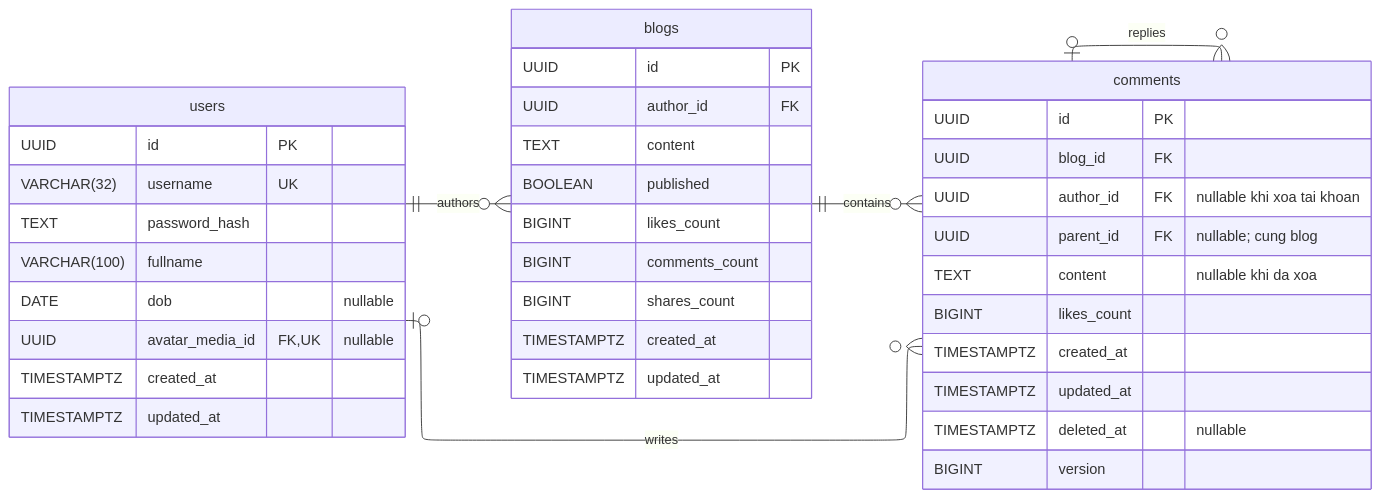
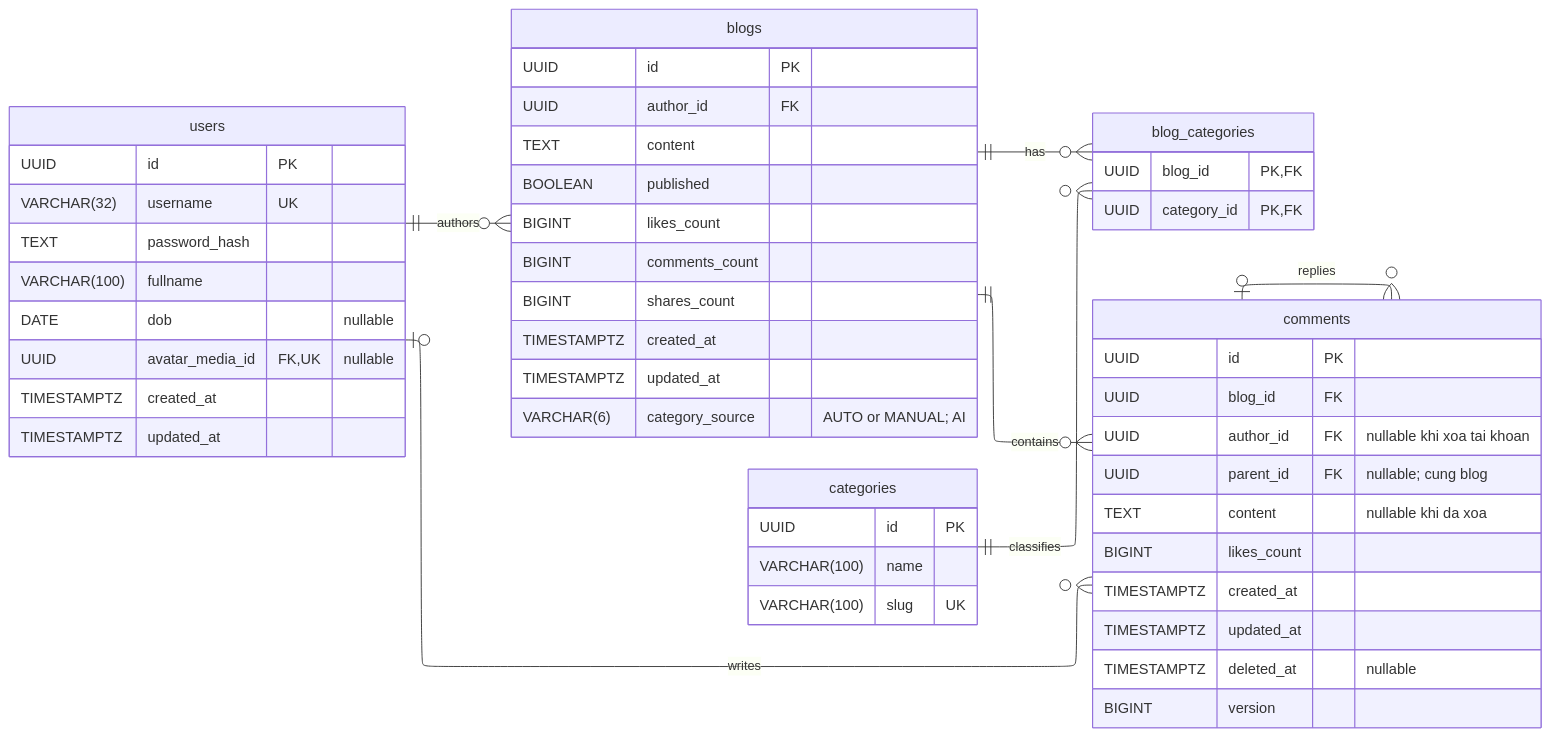
The second of 4 diagrams in docs/spec/03-postgresql.md (Ngocanhjr/SoulSpace), drawn with Mermaid before and after one commit. The commit also changed other lines of this file and 18 other files, not shown here.

````diff
--- a/docs/spec/03-postgresql.md
+++ b/docs/spec/03-postgresql.md
@@ -186,48 +204,62 @@
 ```mermaid
 ---
 config:
   layout: elk
 ---
 erDiagram
     direction LR
+    blogs ||--o{ blog_categories : has
+    categories ||--o{ blog_categories : classifies
     users ||--o{ blogs : authors
     users o|--o{ comments : writes
     blogs ||--o{ comments : contains
     comments o|--o{ comments : replies
 
     users {
         UUID id PK
         VARCHAR(32) username UK
         TEXT password_hash
         VARCHAR(100) fullname
         DATE dob "nullable"
         UUID avatar_media_id FK, UK "nullable"
         TIMESTAMPTZ created_at
         TIMESTAMPTZ updated_at
     }
 
+    blog_categories {
+        UUID blog_id PK, FK
+        UUID category_id PK, FK
+    }
+
+    categories {
+        UUID id PK
+        VARCHAR(100) name
+        VARCHAR(100) slug UK
+    }
+
     blogs {
         UUID id PK
         UUID author_id FK
         TEXT content
         BOOLEAN published
         BIGINT likes_count
         BIGINT comments_count
         BIGINT shares_count
         TIMESTAMPTZ created_at
         TIMESTAMPTZ updated_at
+        VARCHAR(6) category_source "AUTO or MANUAL; AI"
     }
 
     comments {
         UUID id PK
         UUID blog_id FK
         UUID author_id FK "nullable khi xoa tai khoan"
         UUID parent_id FK "nullable; cung blog"
         TEXT content "nullable khi da xoa"
         BIGINT likes_count
         TIMESTAMPTZ created_at
         TIMESTAMPTZ updated_at
         TIMESTAMPTZ deleted_at "nullable"
         BIGINT version
     }
 ```
````
